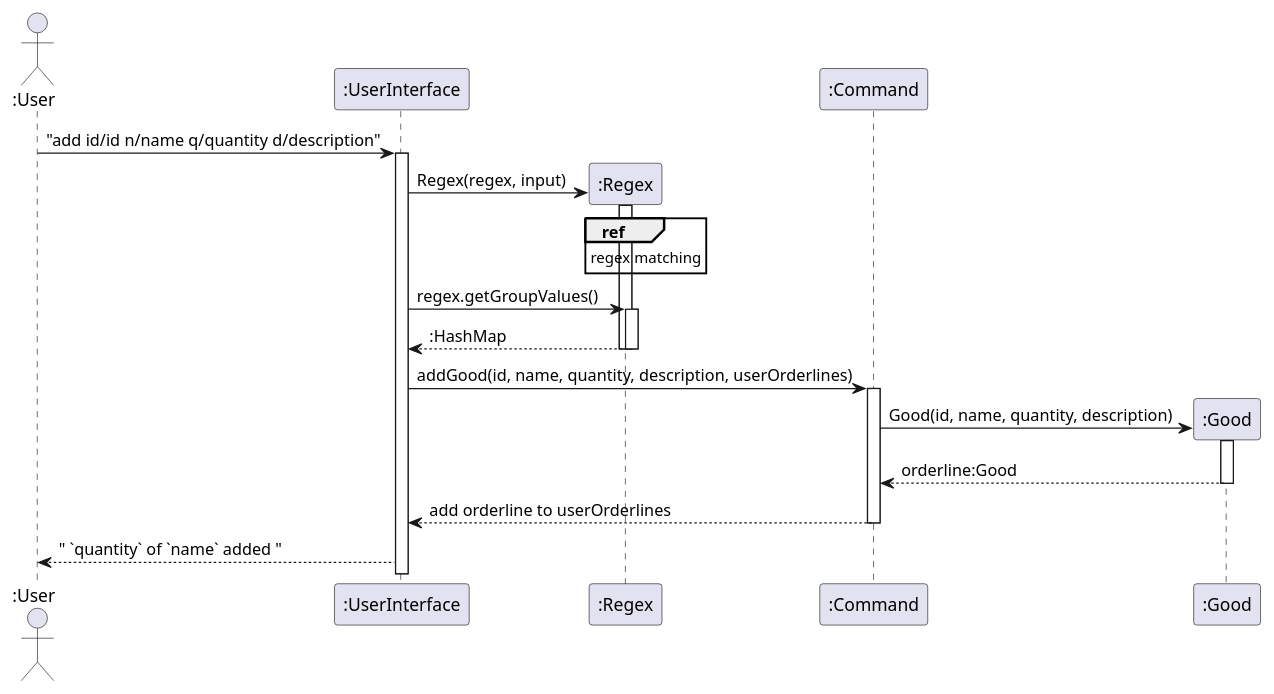
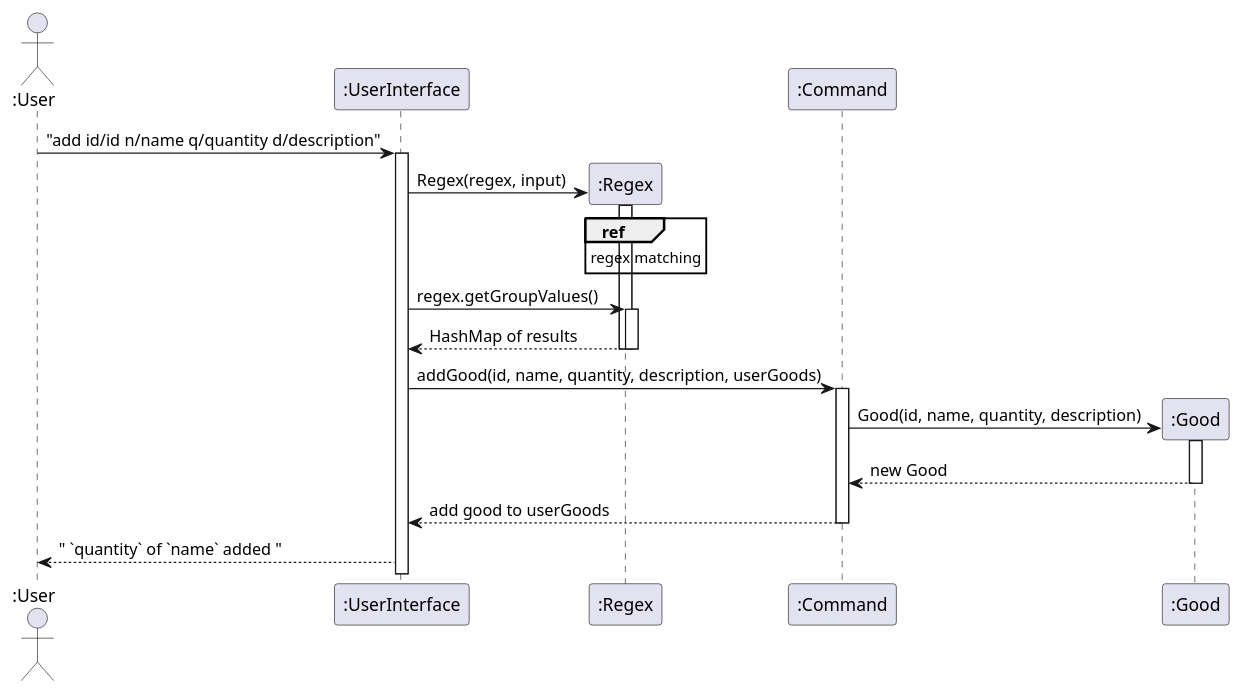
Before and after one commit to LDerpy/tp: the diagram in docs/diagrams/addGood.puml, drawn with PlantUML. The commit also changed 69 other files, not shown here.

```diff
--- a/docs/diagrams/addGood.puml
+++ b/docs/diagrams/addGood.puml
@@ -1,24 +1,24 @@
 @startuml
 ' !include Style.puml  '
 
 Actor ":User" as user
 participant ":UserInterface" as ui
 participant ":Regex" as regex
 participant ":Command" as command
-participant ":Good" as orderline
+participant ":Good" as good
 
 user -> ui ++ : "add id/id n/name q/quantity d/description"
 create regex
 ui -> regex  ++: Regex(regex, input)
 ref over regex : regex matching
 ui -> regex ++ : regex.getGroupValues()
-regex --> ui -- : :HashMap
+regex --> ui -- : HashMap of results
 deactivate regex
-ui -> command ++ : addGood(id, name, quantity, description, userOrderlines)
-create orderline
-command -> orderline ++ : Good(id, name, quantity, description)
-orderline --> command -- : orderline:Good
-command --> ui -- : add orderline to userOrderlines
+ui -> command ++ : addGood(id, name, quantity, description, userGoods)
+create good
+command -> good ++ : Good(id, name, quantity, description)
+good --> command -- : new Good
+command --> ui -- : add good to userGoods
 ui --> user : " `quantity` of `name` added "
 
 @enduml
```
